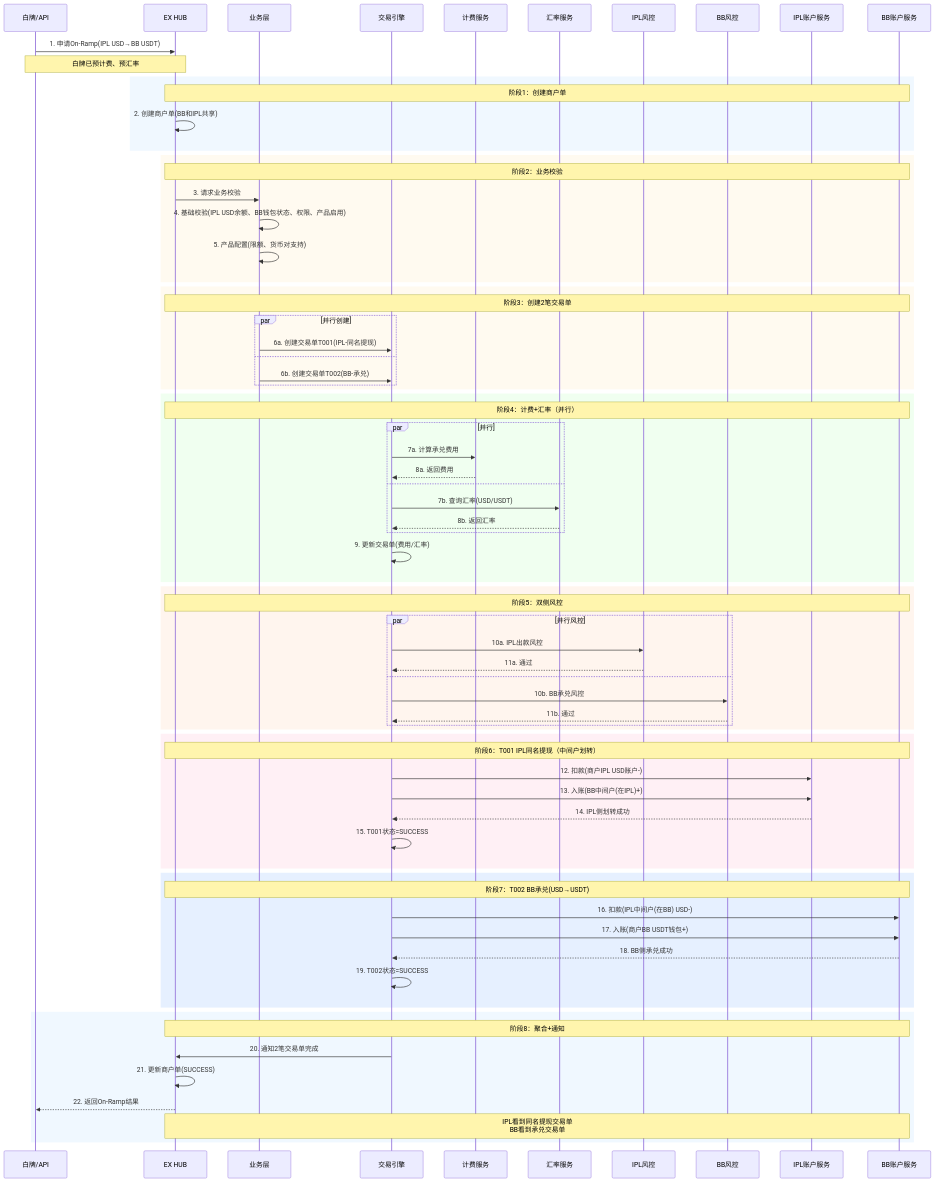
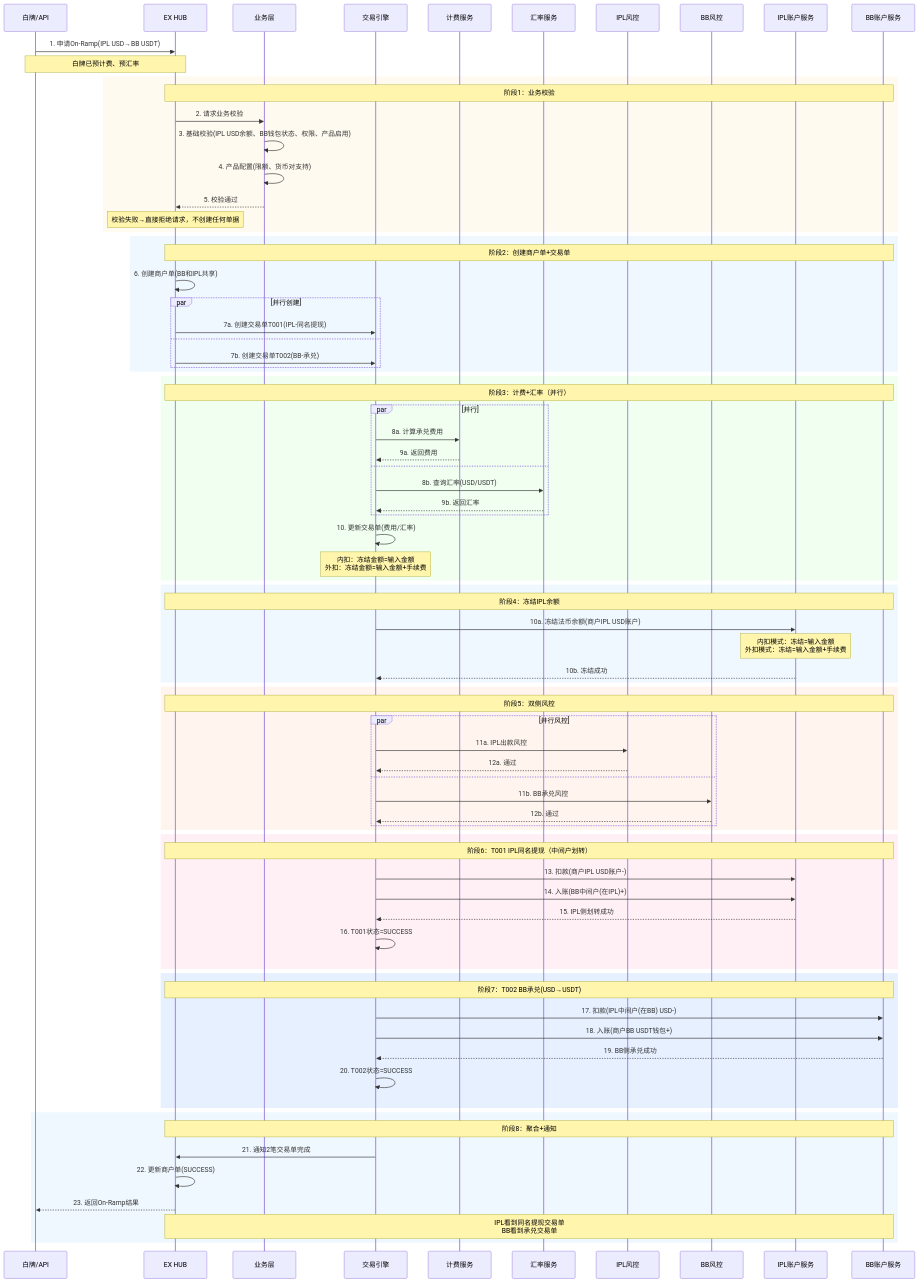
The third of 19 diagrams in onofframp/prd/onramp-complete.md (xiaoxiaoangie/EX-NEW), drawn with Mermaid before and after one commit. The commit also changed other lines of this file and 10 other files, not shown here.

````diff
--- a/onofframp/prd/onramp-complete.md
+++ b/onofframp/prd/onramp-complete.md
@@ -391,71 +382,77 @@
   
     Note over WP,HUB: 白牌已预计费、预汇率
   
-    rect rgb(240, 248, 255)
-        Note over HUB,BB_Account: 阶段1：创建商户单
-        HUB->>HUB: 2. 创建商户单(BB和IPL共享)
+    rect rgb(255, 250, 240)
+        Note over HUB,BB_Account: 阶段1：业务校验
+        HUB->>BL: 2. 请求业务校验
+        BL->>BL: 3. 基础校验(IPL USD余额、BB钱包状态、权限、产品启用)
+        BL->>BL: 4. 产品配置(限额、货币对支持)
+        BL-->>HUB: 5. 校验通过
+        Note over HUB: 校验失败→直接拒绝请求，不创建任何单据
     end
   
-    rect rgb(255, 250, 240)
-        Note over HUB,BB_Account: 阶段2：业务校验
-        HUB->>BL: 3. 请求业务校验
-        BL->>BL: 4. 基础校验(IPL USD余额、BB钱包状态、权限、产品启用)
-        BL->>BL: 5. 产品配置(限额、货币对支持)
-    end
-  
-    rect rgb(255, 250, 240)
-        Note over HUB,BB_Account: 阶段3：创建2笔交易单
+    rect rgb(240, 248, 255)
+        Note over HUB,BB_Account: 阶段2：创建商户单+交易单
+        HUB->>HUB: 6. 创建商户单(BB和IPL共享)
         par 并行创建
-            BL->>TE: 6a. 创建交易单T001(IPL-同名提现)
+            HUB->>TE: 7a. 创建交易单T001(IPL-同名提现)
         and
-            BL->>TE: 6b. 创建交易单T002(BB-承兑)
+            HUB->>TE: 7b. 创建交易单T002(BB-承兑)
         end
     end
   
     rect rgb(240, 255, 240)
-        Note over HUB,BB_Account: 阶段4：计费+汇率（并行）
+        Note over HUB,BB_Account: 阶段3：计费+汇率（并行）
         par 并行
-            TE->>Pricing: 7a. 计算承兑费用
-            Pricing-->>TE: 8a. 返回费用
+            TE->>Pricing: 8a. 计算承兑费用
+            Pricing-->>TE: 9a. 返回费用
         and
-            TE->>FX: 7b. 查询汇率(USD/USDT)
-            FX-->>TE: 8b. 返回汇率
+            TE->>FX: 8b. 查询汇率(USD/USDT)
+            FX-->>TE: 9b. 返回汇率
         end
-        TE->>TE: 9. 更新交易单(费用/汇率)
+        TE->>TE: 10. 更新交易单(费用/汇率)
+        Note over TE: 内扣：冻结金额=输入金额<br/>外扣：冻结金额=输入金额+手续费
+    end
+
+    rect rgb(240, 248, 255)
+        Note over HUB,BB_Account: 阶段4：冻结IPL余额
+        TE->>IPL_Account: 10a. 冻结法币余额(商户IPL USD账户)
+        Note over IPL_Account: 内扣模式：冻结=输入金额<br/>外扣模式：冻结=输入金额+手续费
+        IPL_Account-->>TE: 10b. 冻结成功
     end
   
     rect rgb(255, 245, 238)
         Note over HUB,BB_Account: 阶段5：双侧风控
         par 并行风控
-            TE->>IPL_Risk: 10a. IPL出款风控
-            IPL_Risk-->>TE: 11a. 通过
+            TE->>IPL_Risk: 11a. IPL出款风控
+            IPL_Risk-->>TE: 12a. 通过
         and
-            TE->>BB_Risk: 10b. BB承兑风控
-            BB_Risk-->>TE: 11b. 通过
+            TE->>BB_Risk: 11b. BB承兑风控
+            BB_Risk-->>TE: 12b. 通过
         end
     end
   
     rect rgb(255, 240, 245)
         Note over HUB,BB_Account: 阶段6：T001 IPL同名提现（中间户划转）
-        TE->>IPL_Account: 12. 扣款(商户IPL USD账户-)
-        TE->>IPL_Account: 13. 入账(BB中间户(在IPL)+)
-        IPL_Account-->>TE: 14. IPL侧划转成功
-        TE->>TE: 15. T001状态=SUCCESS
+        TE->>IPL_Account: 13. 扣款(商户IPL USD账户-)
+        TE->>IPL_Account: 14. 入账(BB中间户(在IPL)+)
+        IPL_Account-->>TE: 15. IPL侧划转成功
+        TE->>TE: 16. T001状态=SUCCESS
     end
   
     rect rgb(230, 240, 255)
         Note over HUB,BB_Account: 阶段7：T002 BB承兑(USD→USDT)
-        TE->>BB_Account: 16. 扣款(IPL中间户(在BB) USD-)
-        TE->>BB_Account: 17. 入账(商户BB USDT钱包+)
-        BB_Account-->>TE: 18. BB侧承兑成功
-        TE->>TE: 19. T002状态=SUCCESS
+        TE->>BB_Account: 17. 扣款(IPL中间户(在BB) USD-)
+        TE->>BB_Account: 18. 入账(商户BB USDT钱包+)
+        BB_Account-->>TE: 19. BB侧承兑成功
+        TE->>TE: 20. T002状态=SUCCESS
     end
   
     rect rgb(240, 248, 255)
         Note over HUB,BB_Account: 阶段8：聚合+通知
-        TE->>HUB: 20. 通知2笔交易单完成
-        HUB->>HUB: 21. 更新商户单(SUCCESS)
-        HUB-->>WP: 22. 返回On-Ramp结果
+        TE->>HUB: 21. 通知2笔交易单完成
+        HUB->>HUB: 22. 更新商户单(SUCCESS)
+        HUB-->>WP: 23. 返回On-Ramp结果
         Note over HUB,BB_Account: IPL看到同名提现交易单<br/>BB看到承兑交易单
     end
 ```
````
